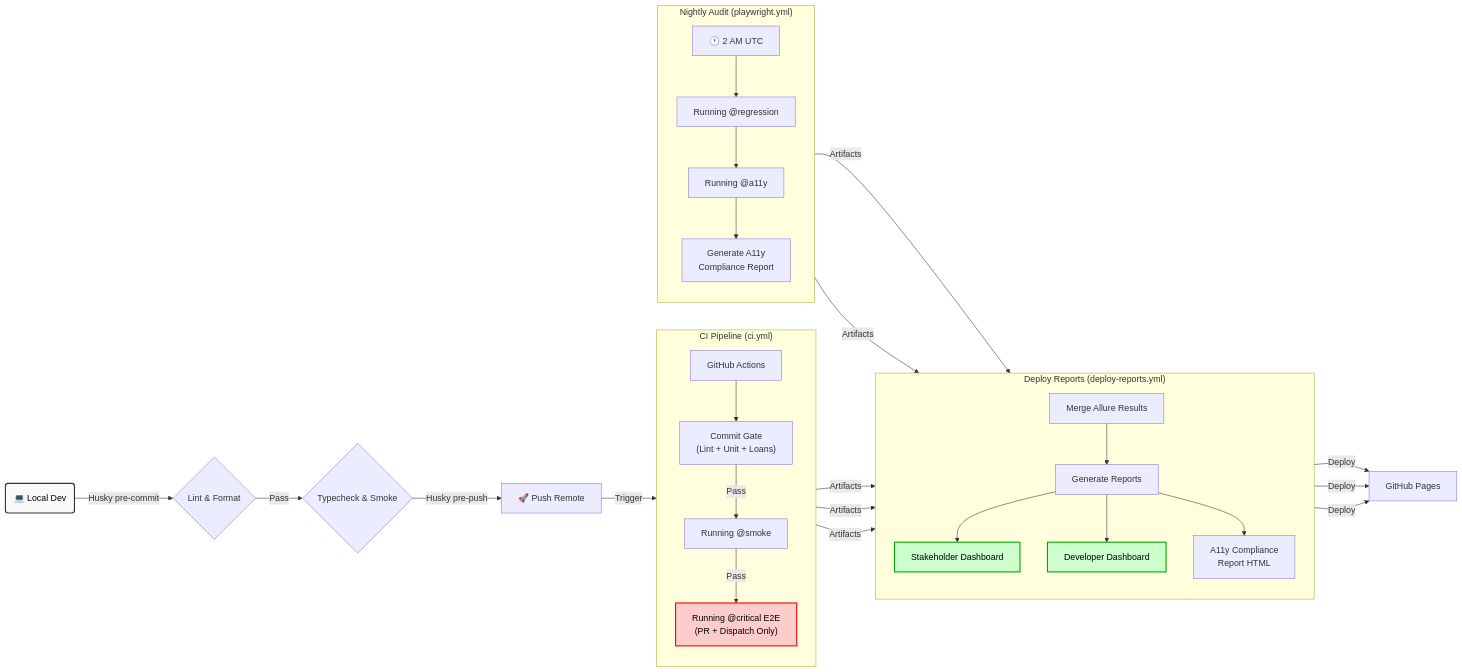
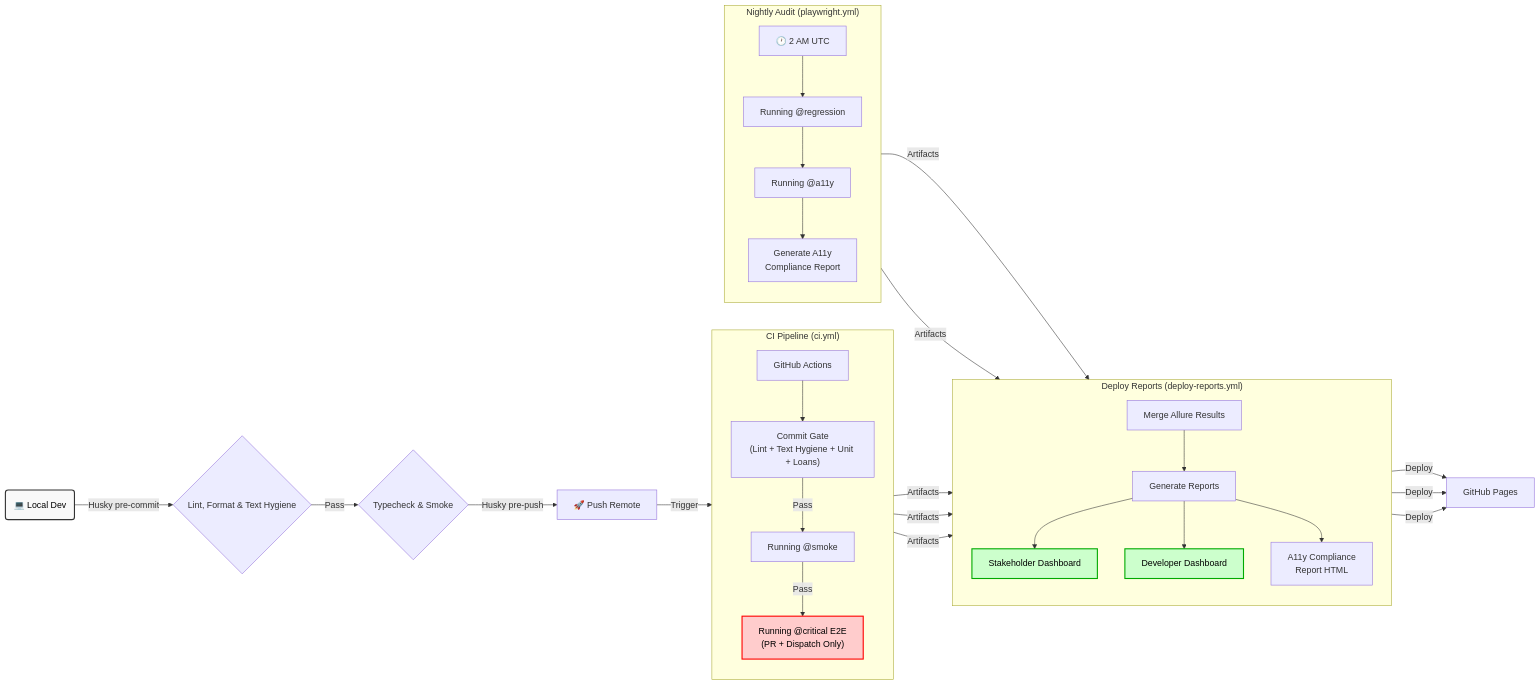
Before and after one commit to theRainMaker1001/QA-Automation-Suites: the second of 2 diagrams in docs/TECHNICAL-DESIGN.md, drawn with Mermaid. The commit also changed other lines of this file and 29 other files, not shown here.

First line of the commit message:
chore(quality): Improved text hygiene and clarified engineering provenance:

````diff
--- a/docs/TECHNICAL-DESIGN.md
+++ b/docs/TECHNICAL-DESIGN.md
@@ -142,43 +145,43 @@
 ```mermaid
 graph LR
-    Local(💻 Local Dev) -->|Husky pre-commit| Gate1{Lint & Format}
+    Local(💻 Local Dev) -->|Husky pre-commit| Gate1{Lint, Format & Text Hygiene}
     Gate1 -->|Pass| Gate2{Typecheck & Smoke}
     Gate2 -->|Husky pre-push| Push[🚀 Push Remote]
     Push -->|Trigger| CI[GitHub Actions]
 
     subgraph "CI Pipeline (ci.yml)"
     direction TB
-    CI --> CommitGate["Commit Gate<br/>(Lint + Unit + Loans)"]
+    CI --> CommitGate["Commit Gate<br/>(Lint + Text Hygiene + Unit + Loans)"]
     CommitGate -->|Pass| Smoke[Running @smoke]
     Smoke -->|Pass| Critical["Running @critical E2E<br/>(PR + Dispatch Only)"]
     end
 
     subgraph "Nightly Audit (playwright.yml)"
     direction TB
     Nightly[🕐 2 AM UTC] --> Regression[Running @regression]
     Regression --> A11y[Running @a11y]
     A11y --> A11yReport[Generate A11y<br/>Compliance Report]
     end
 
     subgraph "Deploy Reports (deploy-reports.yml)"
     direction TB
     Merge[Merge Allure Results] --> Generate[Generate Reports]
     Generate --> Stakeholder[Stakeholder Dashboard]
     Generate --> Allure[Developer Dashboard]
     Generate --> A11yHTML[A11y Compliance<br/>Report HTML]
     end
 
     CommitGate -->|Artifacts| Merge
     Smoke -->|Artifacts| Merge
     Critical -->|Artifacts| Merge
     Regression -->|Artifacts| Merge
     A11yReport -->|Artifacts| Merge
     Stakeholder -->|Deploy| Pages[GitHub Pages]
     Allure -->|Deploy| Pages
     A11yHTML -->|Deploy| Pages
 
     style Local fill:#f9f9f9,stroke:#333,stroke-width:2px,color:black
     style Critical fill:#ffcccc,stroke:#ff0000,stroke-width:2px,color:black
     style Stakeholder fill:#ccffcc,stroke:#00aa00,stroke-width:2px,color:black
     style Allure fill:#ccffcc,stroke:#00aa00,stroke-width:2px,color:black
 ```
````
